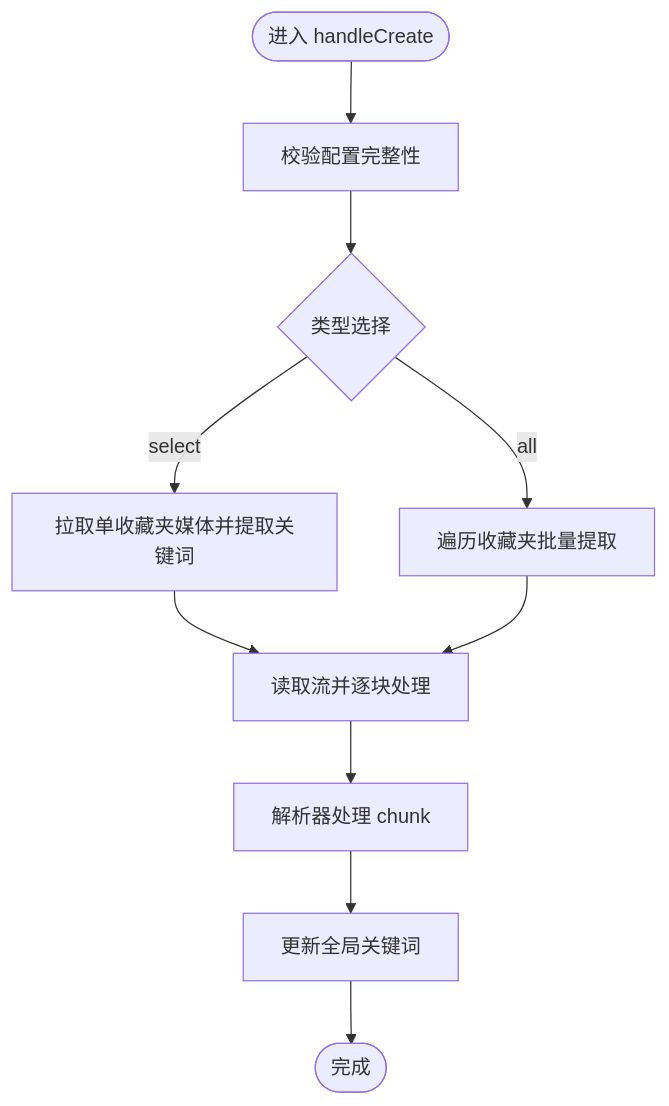
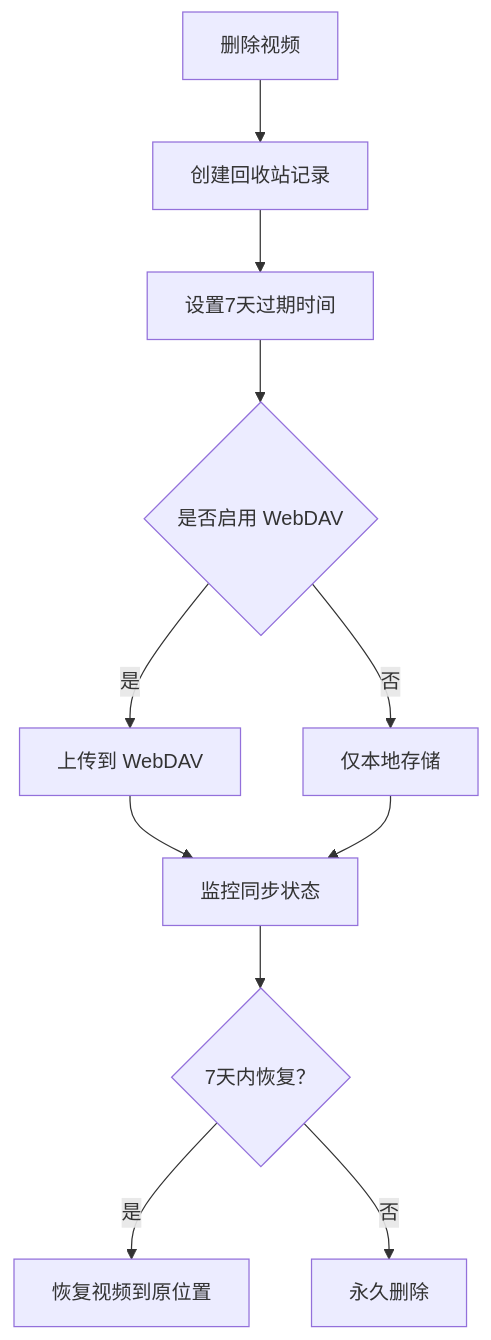
Before and after one commit to RadiumAg/bilibili-favorites: the sixth of 10 diagrams in .qoder/repowiki/zh/content/开发指南/测试策略与实践.md, drawn with Mermaid. The commit also changed other lines of this file and 47 other files, not shown here.

````diff
--- a/.qoder/repowiki/zh/content/开发指南/测试策略与实践.md
+++ b/.qoder/repowiki/zh/content/开发指南/测试策略与实践.md
@@ -249,12 +286,13 @@
 ```mermaid
 flowchart TD
-Enter(["进入 handleCreate"]) --> Validate["校验配置完整性"]
-Validate --> Type{"类型选择"}
-Type --> |select| FetchOne["拉取单收藏夹媒体并提取关键词"]
-Type --> |all| Batch["遍历收藏夹批量提取"]
-FetchOne --> Stream["读取流并逐块处理"]
-Batch --> Stream
-Stream --> Parse["解析器处理 chunk"]
-Parse --> Update["更新全局关键词"]
-Update --> Done(["完成"])
+Delete["删除视频"] --> CreateRecord["创建回收站记录"]
+CreateRecord --> SetExpiry["设置7天过期时间"]
+SetExpiry --> Sync{"是否启用 WebDAV"}
+Sync --> |是| Upload["上传到 WebDAV"]
+Sync --> |否| LocalOnly["仅本地存储"]
+Upload --> Monitor["监控同步状态"]
+LocalOnly --> Monitor
+Monitor --> Restore{"7天内恢复？"}
+Restore --> |是| RestoreVideo["恢复视频到原位置"]
+Restore --> |否| DeleteForever["永久删除"]
 ```
````
